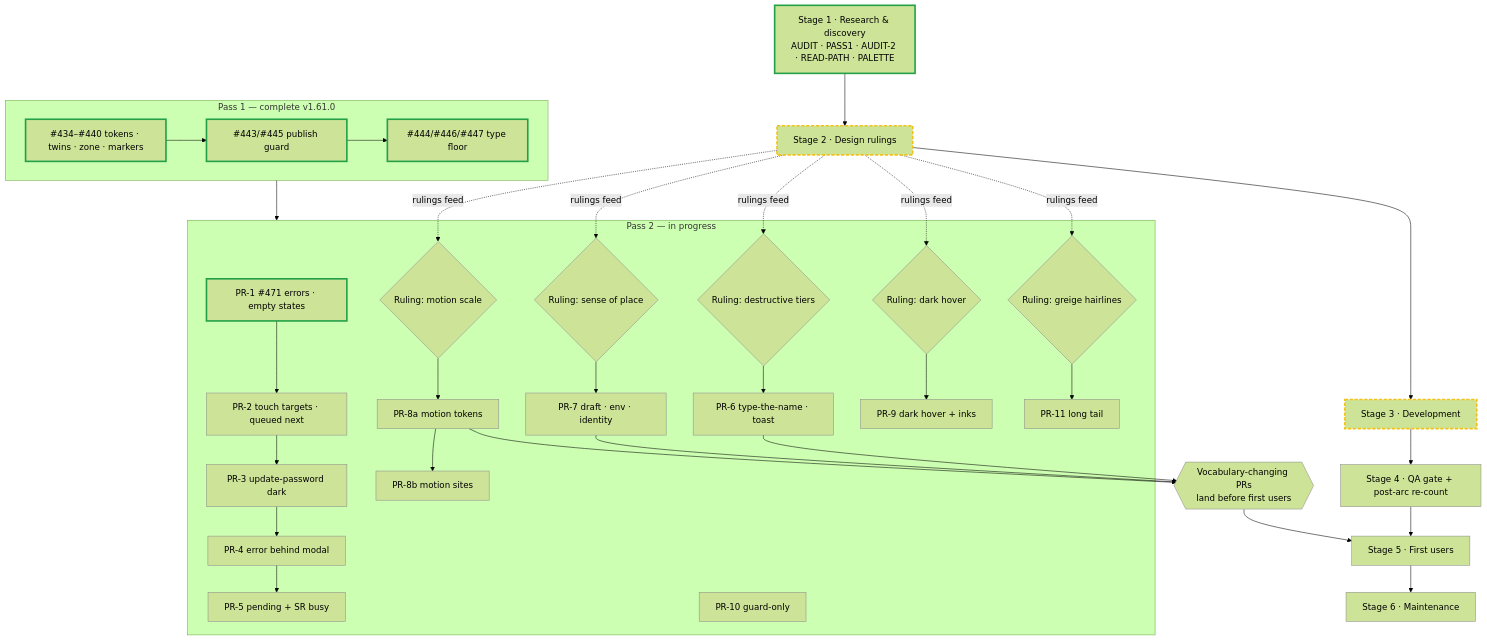
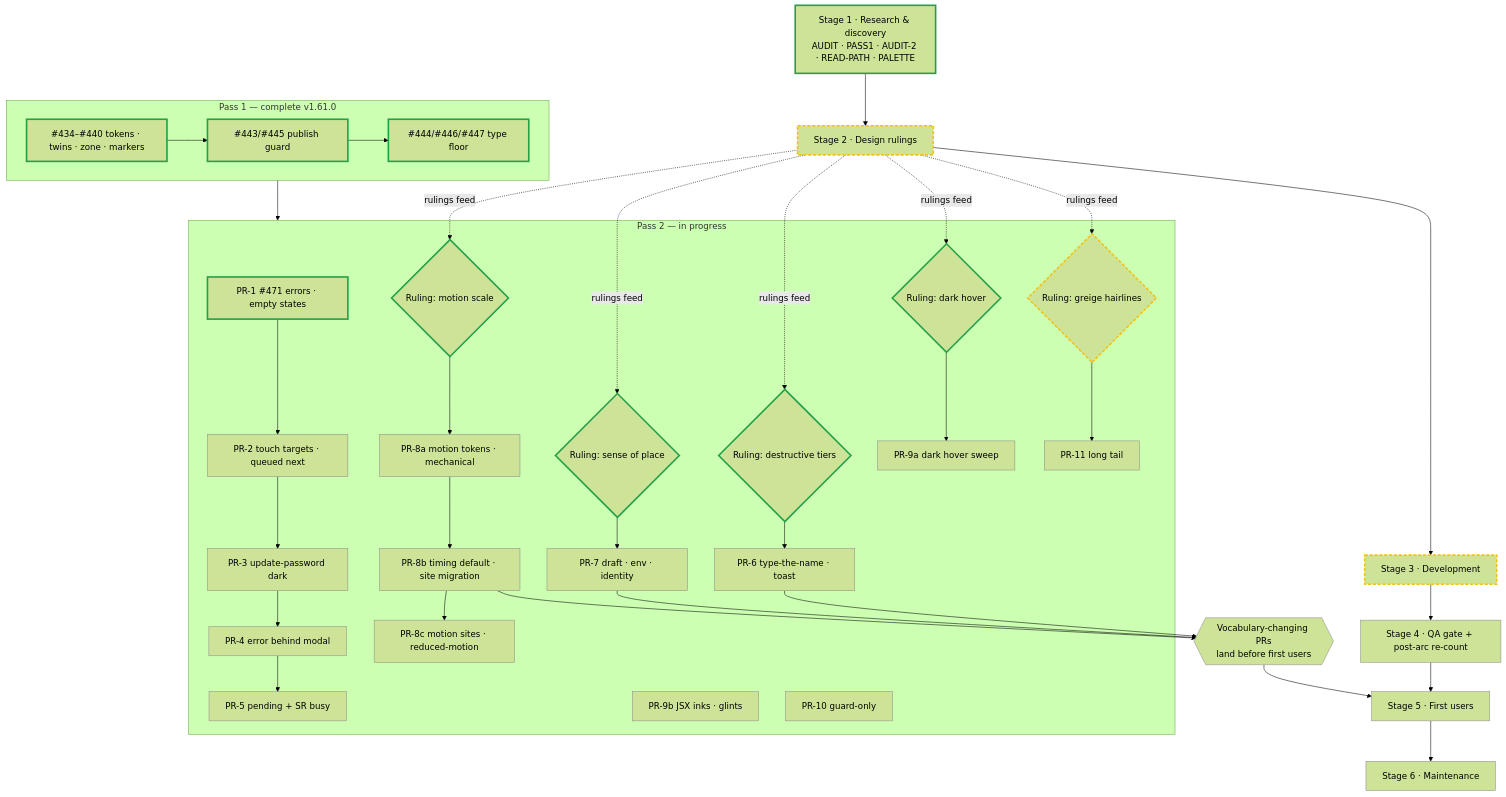
One commit to pmeglaw/seat-planner changed the diagram in docs/design-system/PLAN.md. Above: the diagram before and after it, drawn with Mermaid (forest theme). The commit also changed other lines of this file, not shown here.

````diff
--- a/docs/design-system/PLAN.md
+++ b/docs/design-system/PLAN.md
@@ -13,38 +13,39 @@
 ```mermaid
 flowchart TD
   classDef done stroke-width:3px,stroke:#24a148
   classDef wip stroke-width:3px,stroke-dasharray:6 3,stroke:#f1c21b
   classDef todo stroke-width:1px,stroke:#8d8d8d
 
   S1[Stage 1 · Research & discovery<br/>AUDIT · PASS1 · AUDIT-2 · READ-PATH · PALETTE]:::done
   S2[Stage 2 · Design rulings]:::wip
   S3[Stage 3 · Development]:::wip
   S4[Stage 4 · QA gate + post-arc re-count]:::todo
   S5[Stage 5 · First users]:::todo
   S6[Stage 6 · Maintenance]:::todo
 
   S1 --> S2 --> S3 --> S4 --> S5 --> S6
 
   subgraph P1[Pass 1 — complete v1.61.0]
     A[#434–#440 tokens · twins · zone · markers]:::done --> B[#443/#445 publish guard]:::done --> C[#444/#446/#447 type floor]:::done
   end
 
   subgraph P2[Pass 2 — in progress]
     PR1[PR-1 #471 errors · empty states]:::done
     PR2[PR-2 touch targets · queued next]:::todo
     PR3[PR-3 update-password dark]:::todo
     PR4[PR-4 error behind modal]:::todo
     PR5[PR-5 pending + SR busy]:::todo
-    R1{Ruling: destructive tiers}:::todo --> PR6[PR-6 type-the-name · toast]:::todo
-    R2{Ruling: sense of place}:::todo --> PR7[PR-7 draft · env · identity]:::todo
-    R3{Ruling: motion scale}:::todo --> PR8a[PR-8a motion tokens]:::todo --> PR8b[PR-8b motion sites]:::todo
-    R4{Ruling: dark hover}:::todo --> PR9[PR-9 dark hover + inks]:::todo
-    R5{Ruling: greige hairlines}:::todo --> PR11[PR-11 long tail]:::todo
+    R1{Ruling: destructive tiers}:::done --> PR6[PR-6 type-the-name · toast]:::todo
+    R2{Ruling: sense of place}:::done --> PR7[PR-7 draft · env · identity]:::todo
+    R3{Ruling: motion scale}:::done --> PR8a[PR-8a motion tokens · mechanical]:::todo --> PR8b[PR-8b timing default · site migration]:::todo --> PR8c[PR-8c motion sites · reduced-motion]:::todo
+    R4{Ruling: dark hover}:::done --> PR9a[PR-9a dark hover sweep]:::todo
+    R5{Ruling: greige hairlines}:::wip --> PR11[PR-11 long tail]:::todo
+    PR9b[PR-9b JSX inks · glints]:::todo
     PR10[PR-10 guard-only]:::todo
     PR1 --> PR2 --> PR3 --> PR4 --> PR5
   end
 
   P1 --> P2
   S2 -. rulings feed .-> R1 & R2 & R3 & R4 & R5
-  PR6 & PR7 & PR8a --> GATE{{Vocabulary-changing PRs<br/>land before first users}}:::todo --> S5
+  PR6 & PR7 & PR8b --> GATE{{Vocabulary-changing PRs<br/>land before first users}}:::todo --> S5
 ```
````
